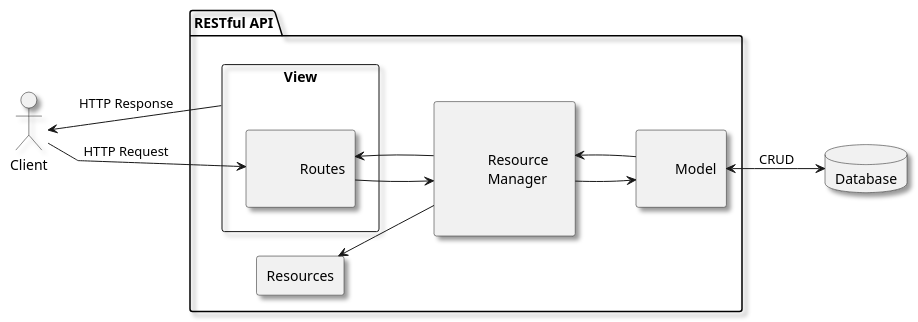
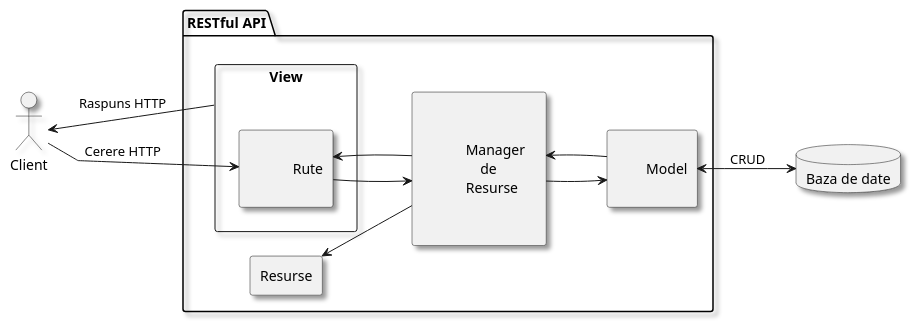
Before and after one commit to Coposescu/IoTDocumentation: the second of 10 diagrams in templateLaTeX-Rom-2024/templateLaTeX-Rom/figs/diagrams.md, drawn with PlantUML. The commit also changed other lines of this file and 2 other files, not shown here.

````diff
--- a/templateLaTeX-Rom-2024/templateLaTeX-Rom/figs/diagrams.md
+++ b/templateLaTeX-Rom-2024/templateLaTeX-Rom/figs/diagrams.md
@@ -38,41 +38,42 @@
 ```plantuml
 @startuml RESTful
 skinparam linetype polyline
 skinparam shadowing true 
 left to right direction
 actor Client
-database "Database" as db
+database "Baza de date" as db
 package "RESTful API" as rest {
     rectangle View {
         rectangle Routes [
             
-            Routes
+            Rute
 
         ]   
     }
     rectangle Resources [
         
 
-            Resource
-            Manager     
+            Manager
+                de
+            Resurse     
 
 
     ]
-    rectangle "Resources" as res
+    rectangle "Resurse" as res
     rectangle Model [
         
         Model
 
     ]
 
-    Client --> Routes : "HTTP Request"
+    Client --> Routes : "Cerere HTTP"
     Routes --> Resources
     Resources --> Model
     Resources <-- Model
     Routes <-- Resources
     Model <--> db : "CRUD"
-    Client <-- View : "HTTP Response"
+    Client <-- View : "Raspuns HTTP"
     res <-- Resources
 }
 @enduml
 ```
````
